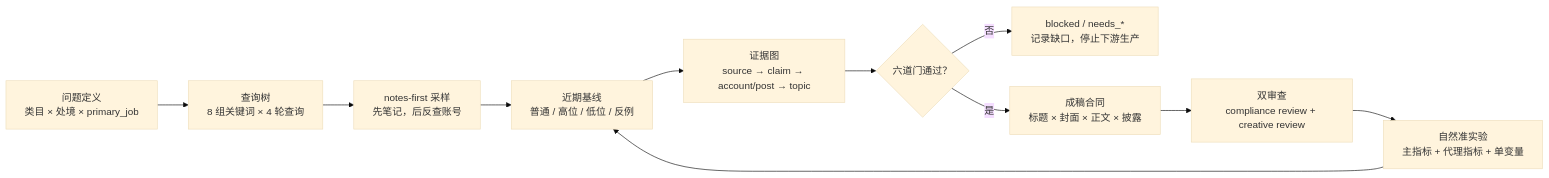
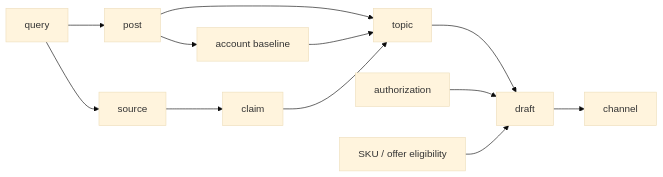
One commit to Sciiaok/redbook-writing-skill changed the diagram in README.md. Above: the diagram before and after it, drawn with Mermaid (base theme). The commit also changed other lines of this file, not shown here.

````diff
--- a/README.md
+++ b/README.md
@@ -36,13 +114,14 @@
 ```mermaid
 flowchart LR
-    A["问题定义<br/>类目 × 处境 × primary_job"] --> B["查询树<br/>8 组关键词 × 4 轮查询"]
-    B --> C["notes-first 采样<br/>先笔记，后反查账号"]
-    C --> D["近期基线<br/>普通 / 高位 / 低位 / 反例"]
-    D --> E["证据图<br/>source → claim → account/post → topic"]
-    E --> F{"六道门通过？"}
-    F -- "否" --> X["blocked / needs_*<br/>记录缺口，停止下游生产"]
-    F -- "是" --> G["成稿合同<br/>标题 × 封面 × 正文 × 披露"]
-    G --> H["双审查<br/>compliance review + creative review"]
-    H --> I["自然准实验<br/>主指标 + 代理指标 + 单变量"]
-    I --> D
+    Q["query"] --> S["source"]
+    S --> C["claim"]
+    Q --> P["post"]
+    P --> A["account baseline"]
+    P --> T["topic"]
+    A --> T
+    C --> T
+    T --> D["draft"]
+    AU["authorization"] --> D
+    SKU["SKU / offer eligibility"] --> D
+    D --> CH["channel"]
 ```
````
